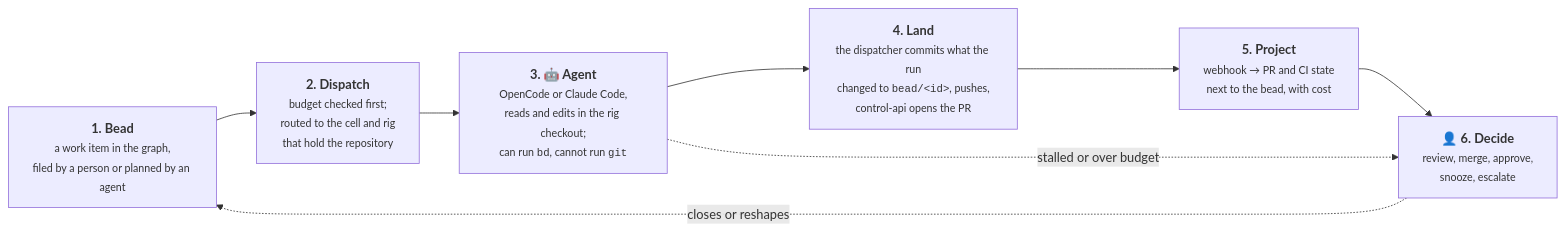
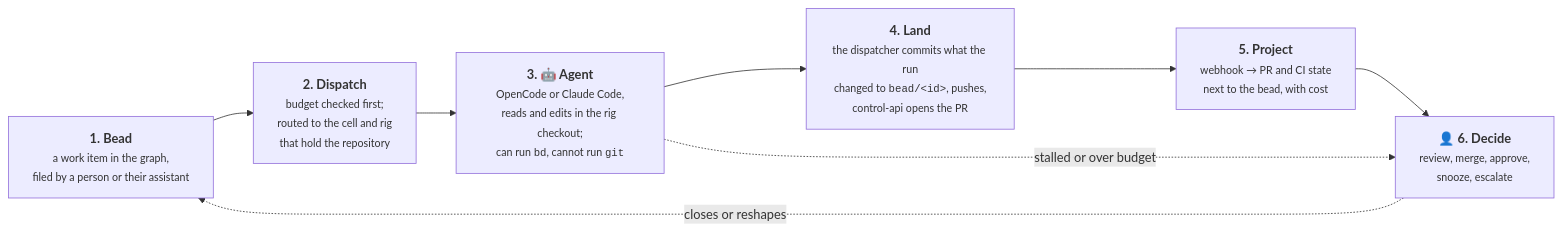
The first of 2 diagrams in README.md (datopian/openbases), drawn with Mermaid before and after one commit. The commit also changed other lines of this file and 2 other files, not shown here.

````diff
--- a/README.md
+++ b/README.md
@@ -80,13 +81,13 @@
 ```mermaid
 flowchart LR
-    bead["<b>1. Bead</b><br/><small>a work item in the graph,<br/>filed by a person or planned by an agent</small>"]
+    bead["<b>1. Bead</b><br/><small>a work item in the graph,<br/>filed by a person or their assistant</small>"]
     dispatch["<b>2. Dispatch</b><br/><small>budget checked first;<br/>routed to the cell and rig<br/>that hold the repository</small>"]
     agent["<b>3. 🤖 Agent</b><br/><small>OpenCode or Claude Code,<br/>reads and edits in the rig checkout;<br/>can run <code>bd</code>, cannot run <code>git</code></small>"]
     land["<b>4. Land</b><br/><small>the dispatcher commits what the run<br/>changed to <code>bead/&lt;id&gt;</code>, pushes,<br/>control-api opens the PR</small>"]
     proj["<b>5. Project</b><br/><small>webhook → PR and CI state<br/>next to the bead, with cost</small>"]
     human["👤 <b>6. Decide</b><br/><small>review, merge, approve,<br/>snooze, escalate</small>"]
 
     bead --> dispatch --> agent --> land --> proj --> human
     human -.->|"closes or reshapes"| bead
     agent -.->|"stalled or over budget"| human
 ```
````
